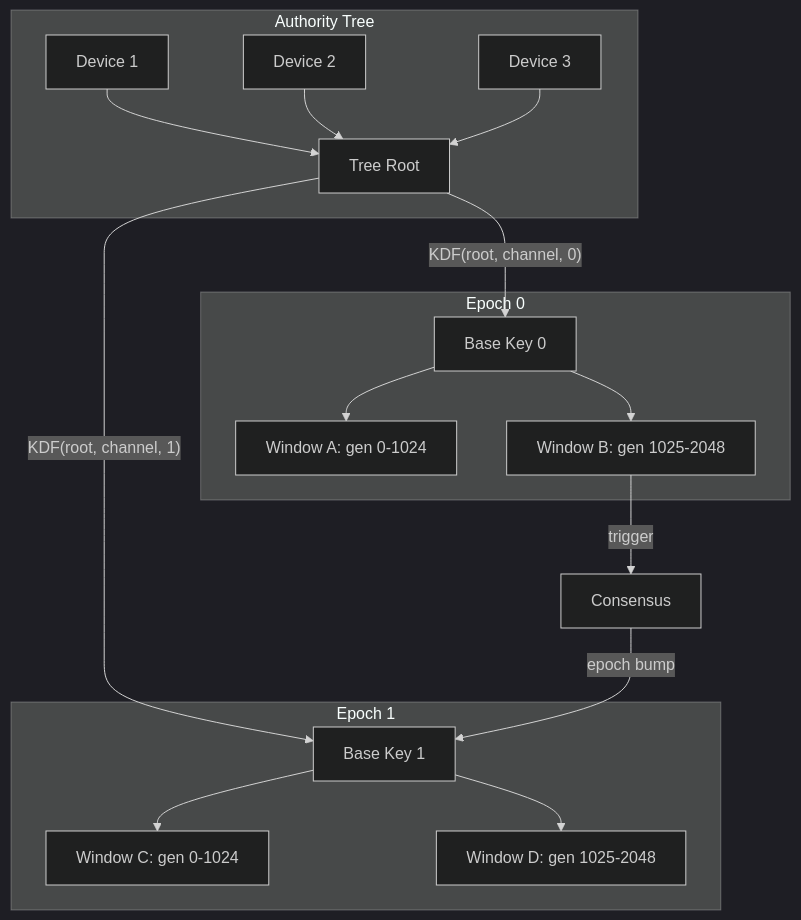
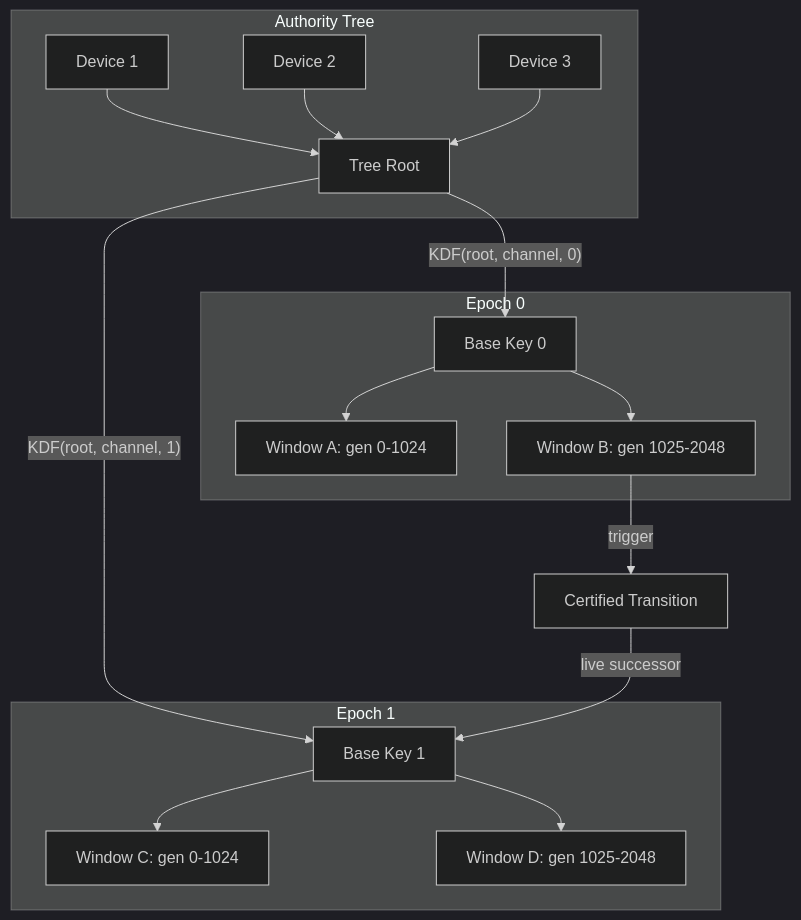
Before and after one commit to hxrts/weboftru.st: the diagram in content/post/00-p2p-resilience.md, drawn with Mermaid (dark theme). The commit also changed other lines of this file and 4 other files, not shown here.

````diff
--- a/content/post/00-p2p-resilience.md
+++ b/content/post/00-p2p-resilience.md
@@ -116,25 +119,25 @@
 ```mermaid
 flowchart TD
     subgraph Authority ["Authority Tree"]
         Root[Tree Root]
         D1[Device 1] --> Root
         D2[Device 2] --> Root
         D3[Device 3] --> Root
     end
 
     subgraph Epoch0 ["Epoch 0"]
         Root --> |"KDF(root, channel, 0)"| Base0[Base Key 0]
         Base0 --> W0A["Window A: gen 0-1024"]
         Base0 --> W0B["Window B: gen 1025-2048"]
     end
 
-    W0B --> |"trigger"| Consensus[Consensus]
+    W0B --> |"trigger"| Transition[Certified Transition]
 
     subgraph Epoch1 ["Epoch 1"]
         Root --> |"KDF(root, channel, 1)"| Base1[Base Key 1]
         Base1 --> W1C["Window C: gen 0-1024"]
         Base1 --> W1D["Window D: gen 1025-2048"]
     end
 
-    Consensus --> |"epoch bump"| Base1
+    Transition --> |"live successor"| Base1
 ```
````
